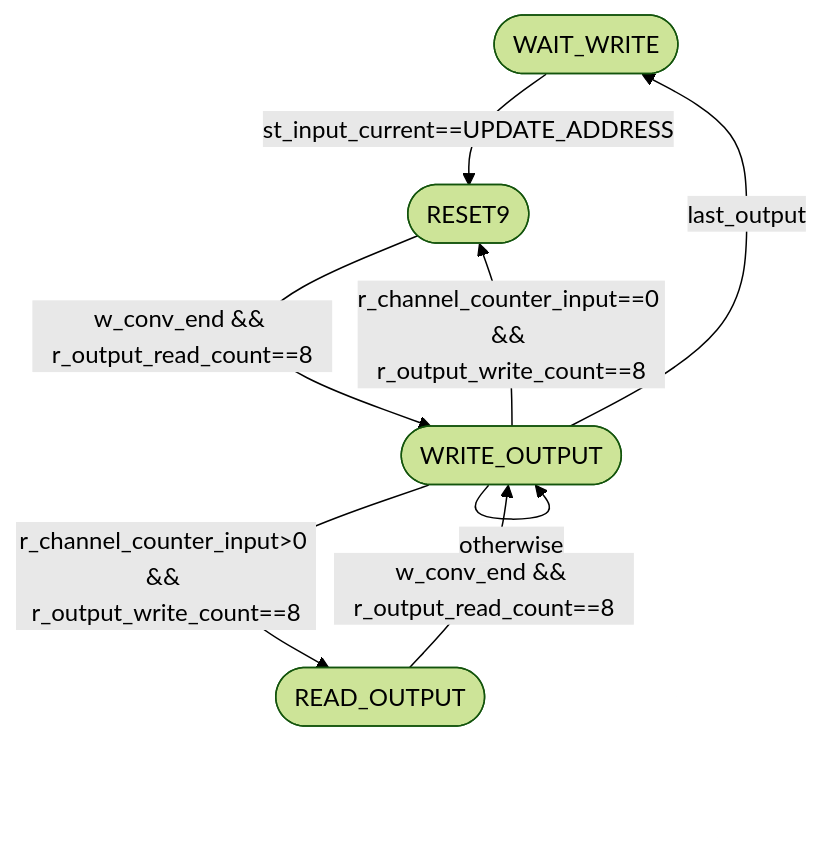
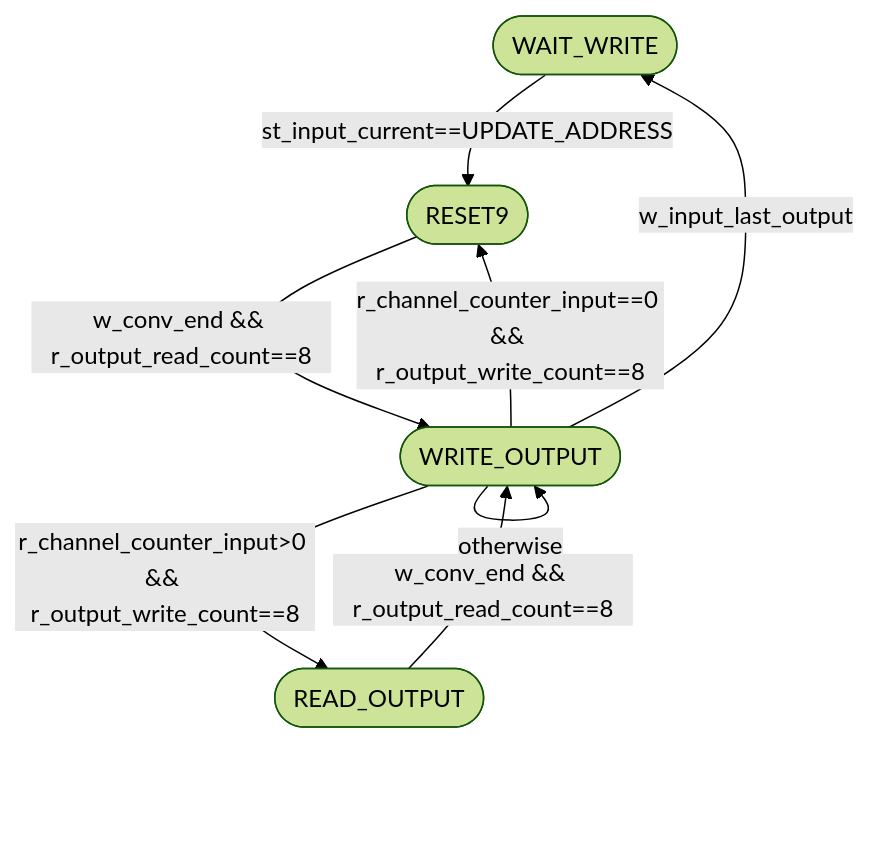
The third of 3 diagrams in rtl/control/README.md (tarsioonofrio/FastConv_SystemVerilog), drawn with Mermaid (forest theme) before and after one commit. The commit also changed other lines of this file and 3 other files, not shown here.

````diff
--- a/rtl/control/README.md
+++ b/rtl/control/README.md
@@ -124,10 +130,10 @@
 ```mermaid
 flowchart TB
     WW(["WAIT_WRITE"]) -->|"st_input_current==UPDATE_ADDRESS"| Z(["RESET9"])
     Z -->|"w_conv_end && r_output_read_count==8"| WR(["WRITE_OUTPUT"])
     R(["READ_OUTPUT"]) -->|"w_conv_end && r_output_read_count==8"| WR
     WR -->|"r_channel_counter_input==0 && r_output_write_count==8"| Z
     WR -->|"r_channel_counter_input>0 && r_output_write_count==8"| R
-    WR -->|"last_output"| WW
+    WR -->|"w_input_last_output"| WW
     WR -->|"otherwise"| WR
 ```
````
